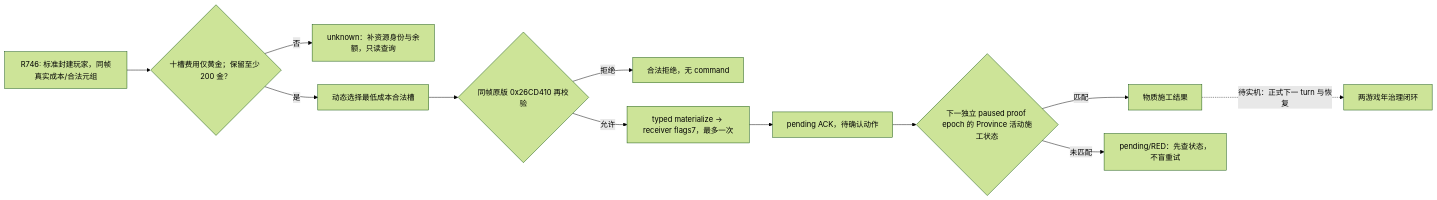
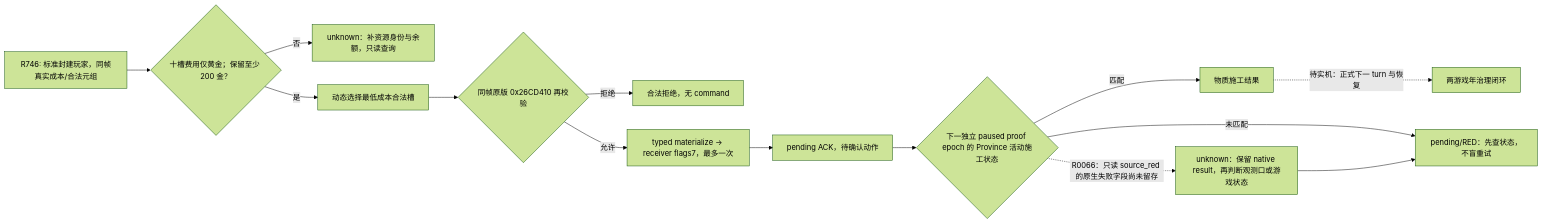
One commit to XenoAmess/ck3_eternal_recurrence changed the diagram in docs/ck3-native-ai/domain-construction-world-cost-to-action.md. Above: the diagram before and after it, drawn with Mermaid (forest theme). The commit also changed other lines of this file and 2 other files, not shown here.

Commit message:
GOV-B0-R0066 Preserve failed construction source evidence

````diff
--- a/docs/ck3-native-ai/domain-construction-world-cost-to-action.md
+++ b/docs/ck3-native-ai/domain-construction-world-cost-to-action.md
@@ -11,14 +11,16 @@
 ```mermaid
 flowchart LR
     W["R746: 标准封建玩家，同帧真实成本/合法元组"] --> B{"十槽费用仅黄金；保留至少 200 金？"}
     B -->|否| U["unknown：补资源身份与余额，只读查询"]
     B -->|是| S["动态选择最低成本合法槽"]
     S --> V{"同帧原版 0x26CD410 再校验"}
     V -->|拒绝| R["合法拒绝，无 command"]
     V -->|允许| Q["typed materialize → receiver flags7，最多一次"]
     Q --> A["pending ACK，待确认动作"]
     A --> N{"下一独立 paused proof epoch 的 Province 活动施工状态"}
     N -->|匹配| M["物质施工结果"]
     N -->|未匹配| P["pending/RED：先查状态，不盲重试"]
+    N -. "R0066：只读 source_red 的原生失败字段尚未留存" .-> X["unknown：保留 native result，再判断观测口或游戏状态"]
+    X --> P
     M -. "待实机：正式下一 turn 与恢复" .-> T["两游戏年治理闭环"]
 ```
````
